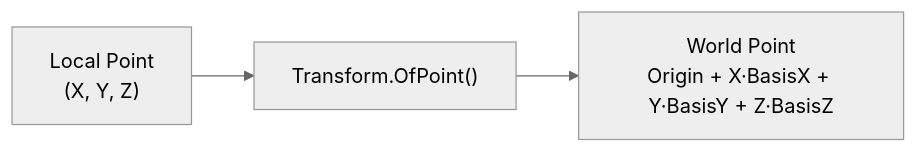
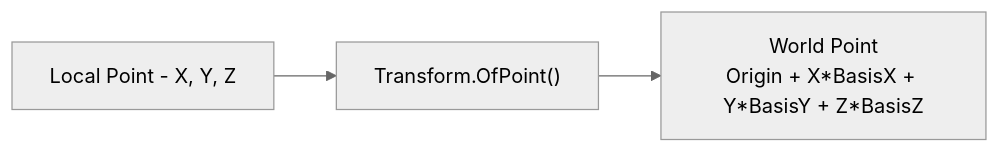
Before and after one commit to Mustafa-TOMMY/CommandSamplesRevitApiVer2025: diagram 11 of 31 in RevitApiSamples/Samples/TransformModule/TransformModule.md, drawn with Mermaid (neutral theme). The commit also changed other lines of this file, not shown here.

Commit message:
Update the mermaid sections

````diff
--- a/RevitApiSamples/Samples/TransformModule/TransformModule.md
+++ b/RevitApiSamples/Samples/TransformModule/TransformModule.md
@@ -351,5 +364,5 @@
 ```mermaid
 flowchart LR
-    P_LOC["Local Point\n(X, Y, Z)"] --> OP["Transform.OfPoint()"]
-    OP --> P_WLD["World Point\nOrigin + X·BasisX + Y·BasisY + Z·BasisZ"]
+    P_LOC["Local Point - X, Y, Z"] --> OP["Transform.OfPoint()"]
+    OP --> P_WLD["World Point<br/>Origin + X*BasisX + Y*BasisY + Z*BasisZ"]
 ```
````
